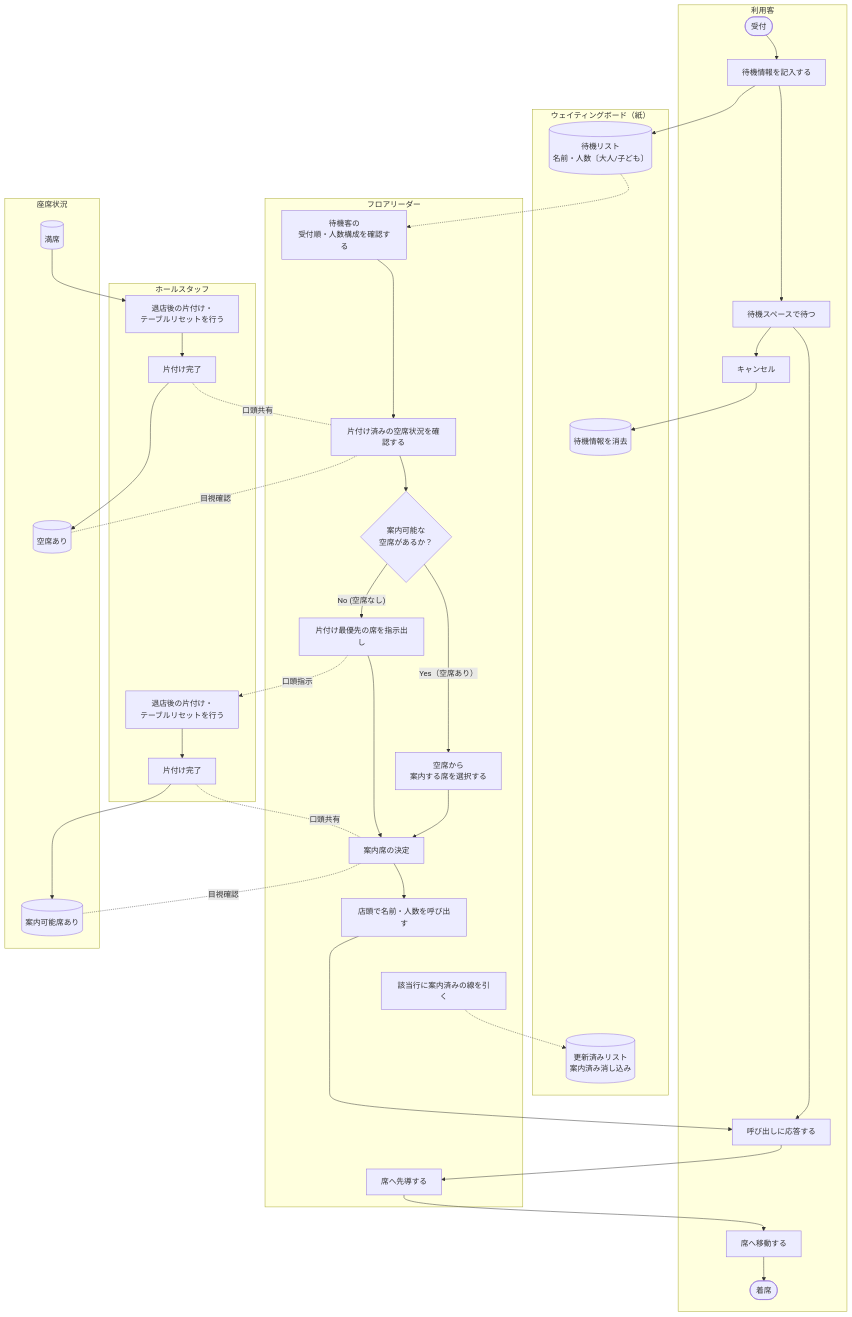
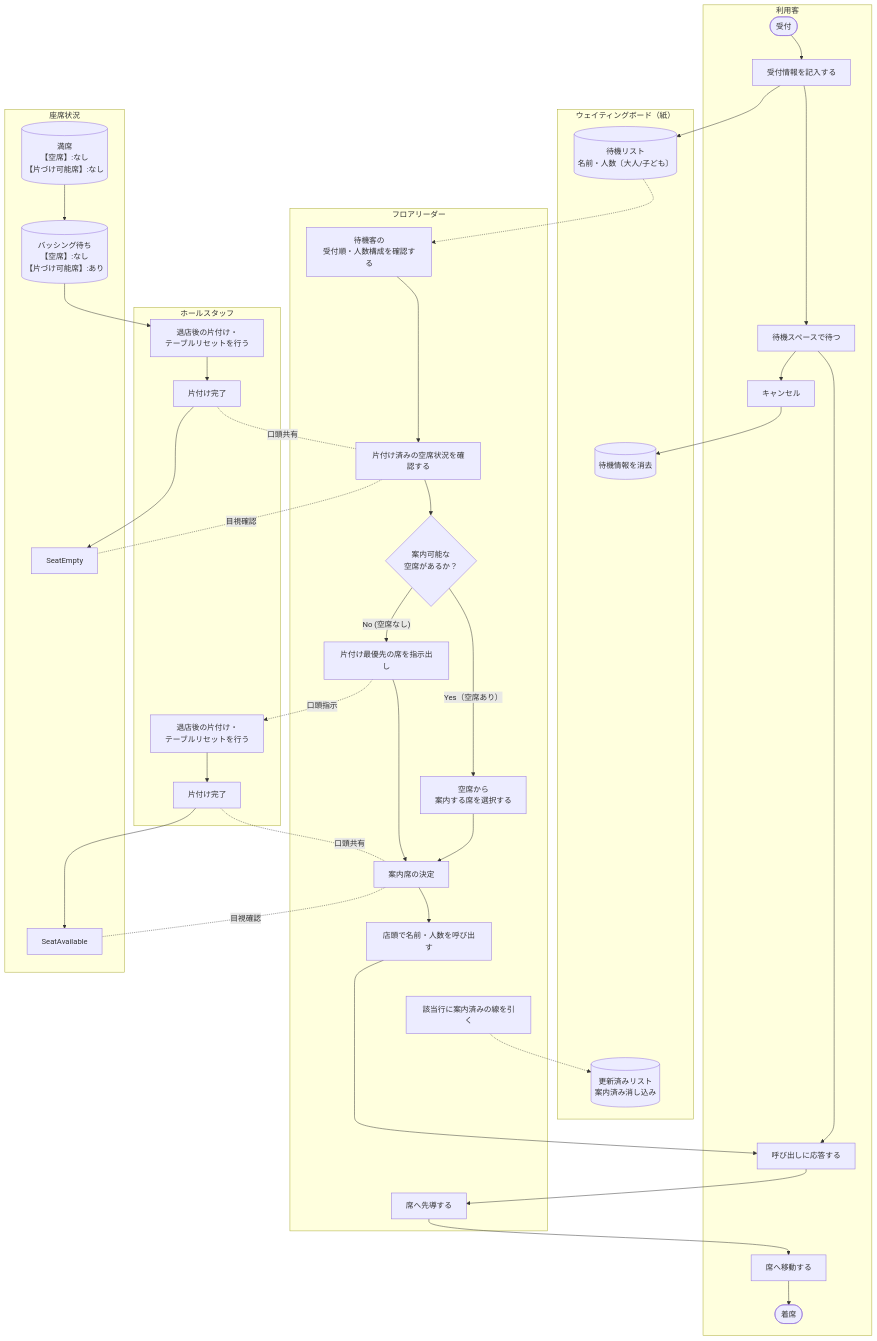
The diagram in As-Is.md (itosawa5224-netizen/restaurant-attend), drawn with Mermaid before and after one commit. The commit also changed other lines of this file, not shown here.

Commit message:
修正：As-Is図の修正

````diff
--- a/As-Is.md
+++ b/As-Is.md
@@ -5,8 +5,9 @@
 ```mermaid
+
 flowchart TD
-    %% スイムレーン定義
+    
     subgraph Customer [利用客]
-        Start([受付<br>]) --> WriteBoard[待機情報を記入する]
+        Start([受付<br>]) --> WriteBoard[受付情報を記入する]
         WriteBoard --> Wait[待機スペースで待つ] 
         Wait --> Respond[呼び出しに応答する] & WaitCancel[キャンセル]
         MoveToSeat[席へ移動する]
@@ -33,10 +34,10 @@
     subgraph Leader [フロアリーダー]
         CheckBoard[待機客の<br>受付順・人数構成を確認する]
          --> CheckCleanSeat[片付け済みの空席状況を確認する]
-         --> HasSeat{案内可能な<br>空席があるか？}
+         --> HasEmptySeat{案内可能な<br>空席があるか？}
 
-        HasSeat -- Yes（空席あり） --> SelectSeat[空席から<br>案内する席を選択する] 
-        HasSeat -- No (空席なし) --> OderSeat[片付け最優先の席を指示出し]
+        HasEmptySeat -- Yes（空席あり） --> SelectSeat[空席から<br>案内する席を選択する] 
+        HasEmptySeat -- No (空席なし) --> OderSeat[片付け最優先の席を指示出し]
         
         DecideSeat[案内席の決定] 
          --> CallCustomer[店頭で名前・人数を呼び出す]
@@ -77,15 +78,17 @@
 
 
     subgraph State [座席状況]
-        SeatMax[(満席)]
-        SeatEmpty[(空席あり)]
-        SeatAvailable[(案内可能席あり)]
+        SeatMax[(満席<br>【空席】:なし<br>【片づけ可能席】:なし )]
+         -->
+        SeatStandby[(バッシング待ち<br>【空席】:なし<br>【片づけ可能席】:あり )]
+        SeatEmpty
+        SeatAvailable 
     end 
     
     Customer ~~~ Board ~~~ Leader ~~~ Hall 
     CheckBoard ~~~ Wait
 
-    SeatMax  --> CleanTable
+    SeatStandby  --> CleanTable
     ReportReady --> SeatEmpty
     
 
````
